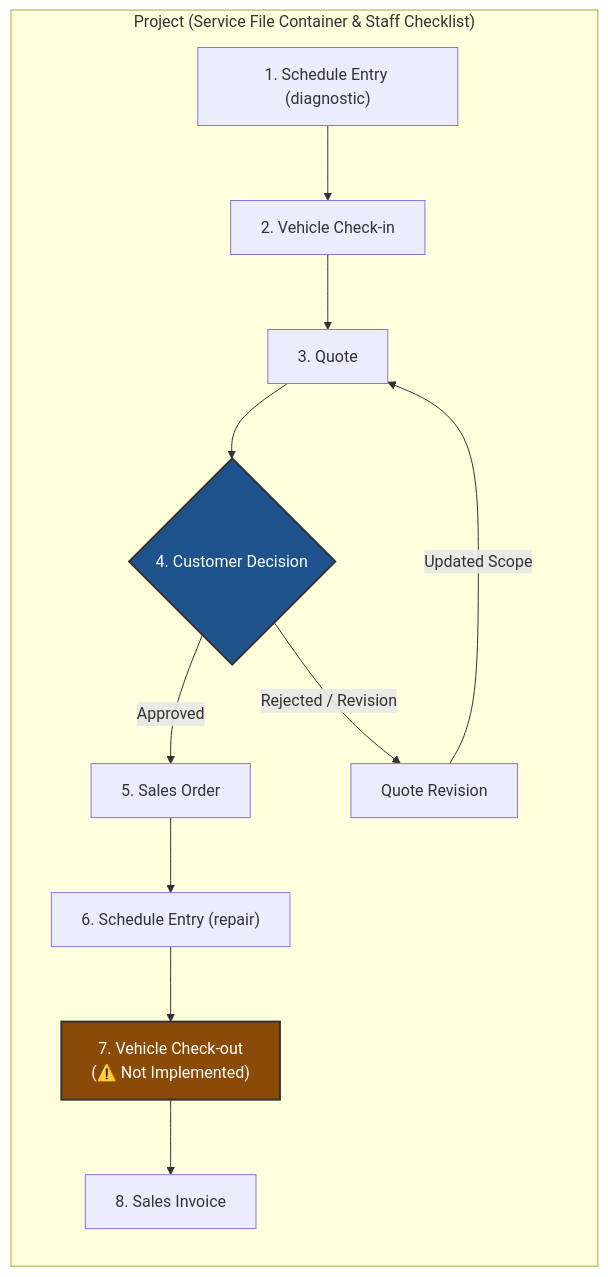
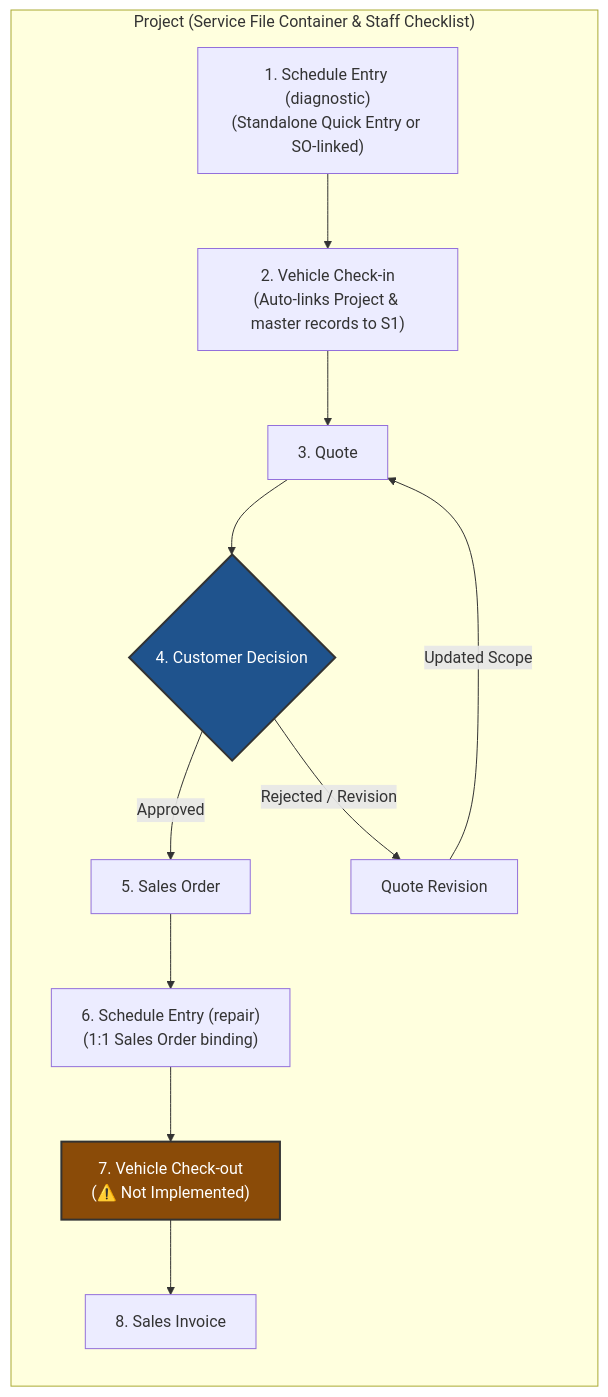
One commit to patricklai3/induct_shop changed the diagram in docs/workflow.md. Above: the diagram before and after it, drawn with Mermaid. The commit also changed other lines of this file and 5 other files, not shown here.

````diff
--- a/docs/workflow.md
+++ b/docs/workflow.md
@@ -50,22 +50,22 @@
 ```mermaid
 flowchart TD
     subgraph SF["Project (Service File Container & Staff Checklist)"]
         direction TB
-        S1["1. Schedule Entry (diagnostic)"] --> S2["2. Vehicle Check-in"]
+        S1["1. Schedule Entry (diagnostic)\n(Standalone Quick Entry or SO-linked)"] --> S2["2. Vehicle Check-in\n(Auto-links Project & master records to S1)"]
         S2 --> S3["3. Quote"]
         
         S3 --> S4{"4. Customer Decision"}
         S4 -- "Approved" --> S5["5. Sales Order"]
         S4 -- "Rejected / Revision" --> S3R["Quote Revision"]
         S3R -- "Updated Scope" --> S3
 
-        S5 --> S6["6. Schedule Entry (repair)"]
+        S5 --> S6["6. Schedule Entry (repair)\n(1:1 Sales Order binding)"]
         S6 --> S7["7. Vehicle Check-out\n(⚠️ Not Implemented)"]
         S7 --> S8["8. Sales Invoice"]
     end
 
     classDef pending fill:#8a4b08,stroke:#333,stroke-width:2px,color:#fff;
     classDef decision fill:#1f538d,stroke:#333,stroke-width:2px,color:#fff;
     class S7 pending;
     class S4 decision;
 ```
````
